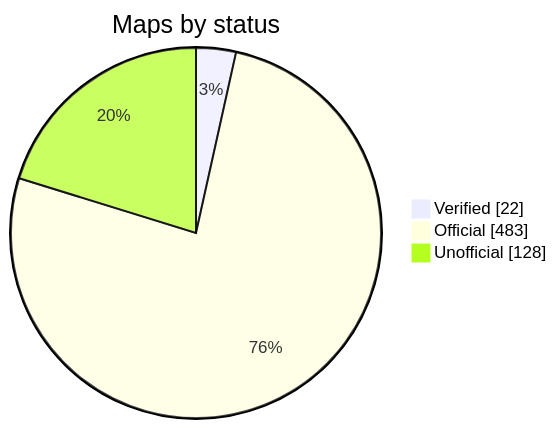
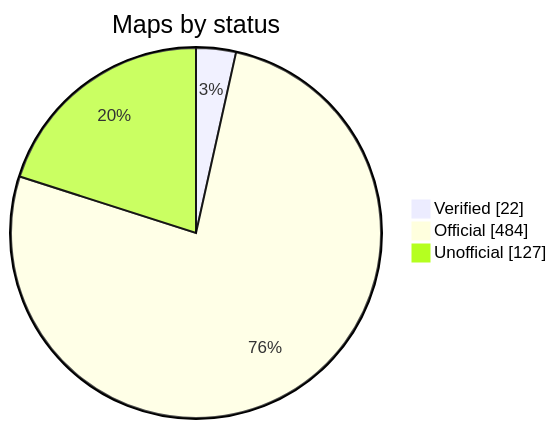
Before and after one commit to nobrega8/mbmap-library: the diagram in README.md, drawn with Mermaid. The commit also changed 6 other files, not shown here.

````diff
--- a/README.md
+++ b/README.md
@@ -52,7 +52,7 @@
 ```mermaid
 pie showData
     title Maps by status
     "Verified" : 22
-    "Official" : 483
-    "Unofficial" : 128
+    "Official" : 484
+    "Unofficial" : 127
 ```
````
